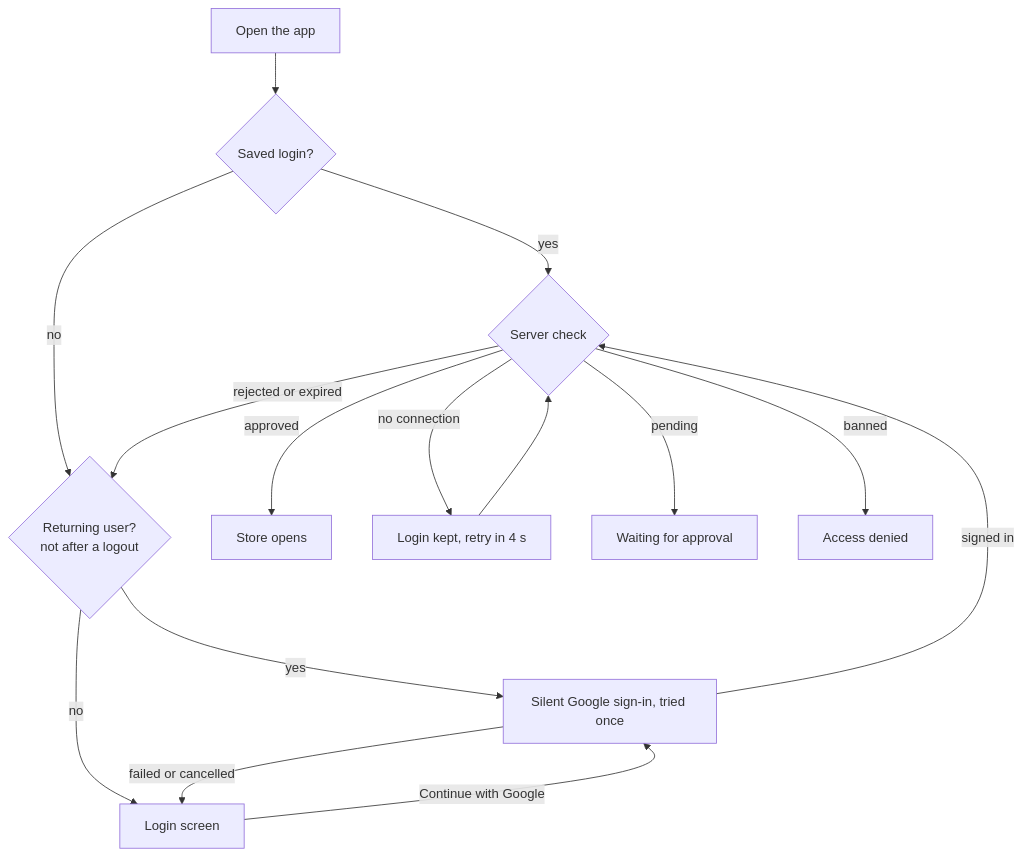
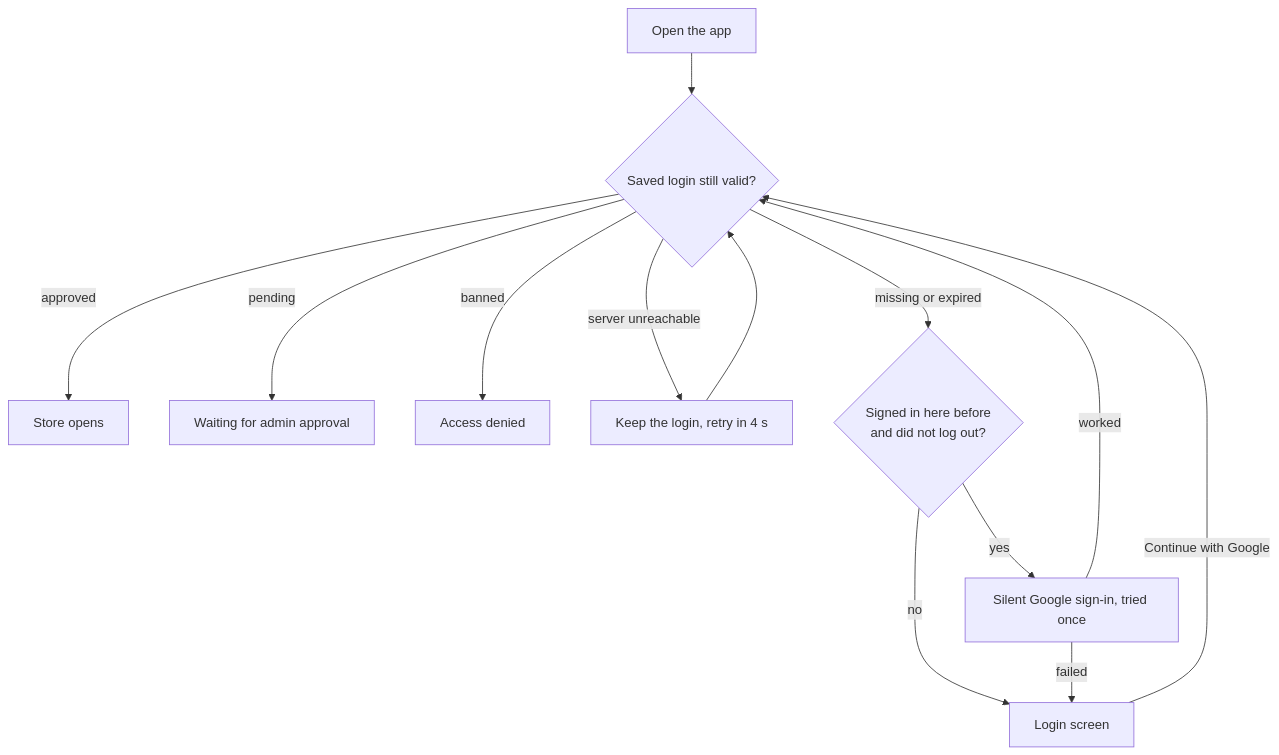
The third of 6 diagrams in README.md (satyam-64136/My-store), drawn with Mermaid before and after one commit. The commit also changed other lines of this file, not shown here.

````diff
--- a/README.md
+++ b/README.md
@@ -116,16 +92,15 @@
 ```mermaid
 flowchart TD
-  O["Open the app"] --> S{"Saved login?"}
-  S -- yes --> V{"Server check"}
-  S -- no --> R{"Returning user?<br/>not after a logout"}
-  V -- approved --> ST["Store opens"]
-  V -- "no connection" --> W["Login kept, retry in 4 s"] --> V
-  V -- "rejected or expired" --> R
-  V -- pending --> P["Waiting for approval"]
-  V -- banned --> X["Access denied"]
-  R -- yes --> A["Silent Google sign-in, tried once"]
-  R -- no --> L["Login screen"]
-  L -- "Continue with Google" --> A
-  A -- "signed in" --> V
-  A -- "failed or cancelled" --> L
+  A["Open the app"] --> B{"Saved login still valid?"}
+  B -- "approved" --> S["Store opens"]
+  B -- "pending" --> P["Waiting for admin approval"]
+  B -- "banned" --> X["Access denied"]
+  B -- "server unreachable" --> R["Keep the login, retry in 4 s"]
+  R --> B
+  B -- "missing or expired" --> C{"Signed in here before<br/>and did not log out?"}
+  C -- "yes" --> G["Silent Google sign-in, tried once"]
+  C -- "no" --> L["Login screen"]
+  G -- "worked" --> B
+  G -- "failed" --> L
+  L -- "Continue with Google" --> B
 ```
````
